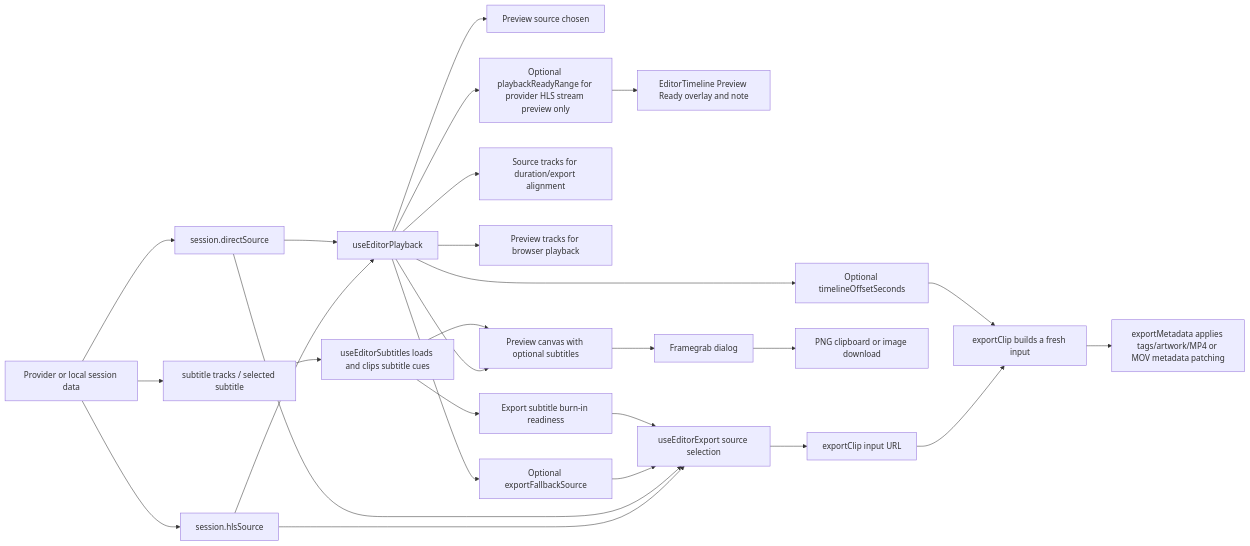
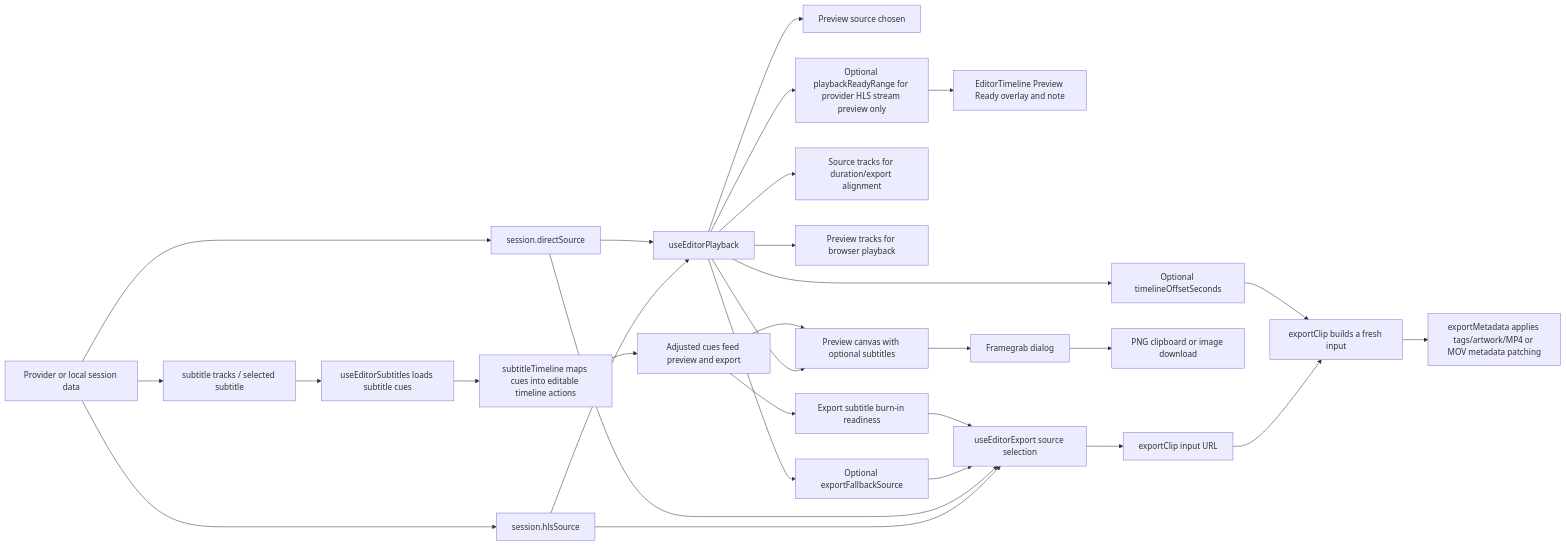
One commit to TechSquidTV/Cliparr changed diagram 13 of 13 in DIAGRAMS.md. Above: the diagram before and after it, drawn with Mermaid. The commit also changed other lines of this file and 20 other files, not shown here.

First line of the commit message:
feat(frontend): add subtitle timeline cue tracks (#160)

````diff
--- a/DIAGRAMS.md
+++ b/DIAGRAMS.md
@@ -356,29 +375,31 @@
 ```mermaid
 flowchart LR
     A["Provider or local session data"] --> B["session.hlsSource"]
     A --> C["session.directSource"]
     A --> S["subtitle tracks / selected subtitle"]
     B --> D["useEditorPlayback"]
     C --> D
     D --> E["Preview source chosen"]
     D --> F["Optional exportFallbackSource"]
     D --> I["Optional timelineOffsetSeconds"]
     D --> J["Source tracks for duration/export alignment"]
     D --> K["Preview tracks for browser playback"]
     D --> L["Optional playbackReadyRange for provider HLS stream preview only"]
     L --> M["EditorTimeline Preview Ready overlay and note"]
     D --> P["Preview canvas with optional subtitles"]
     P --> Q["Framegrab dialog"]
     Q --> R["PNG clipboard or image download"]
-    S --> T["useEditorSubtitles loads and clips subtitle cues"]
-    T --> P
-    T --> U["Export subtitle burn-in readiness"]
+    S --> T["useEditorSubtitles loads subtitle cues"]
+    T --> T1["subtitleTimeline maps cues into editable timeline actions"]
+    T1 --> T2["Adjusted cues feed preview and export"]
+    T2 --> P
+    T2 --> U["Export subtitle burn-in readiness"]
     B --> G["useEditorExport source selection"]
     C --> G
     F --> G
     U --> G
     G --> H["exportClip input URL"]
     H --> N["exportClip builds a fresh input"]
     I --> N
     N --> O["exportMetadata applies tags/artwork/MP4 or MOV metadata patching"]
 ```
````
